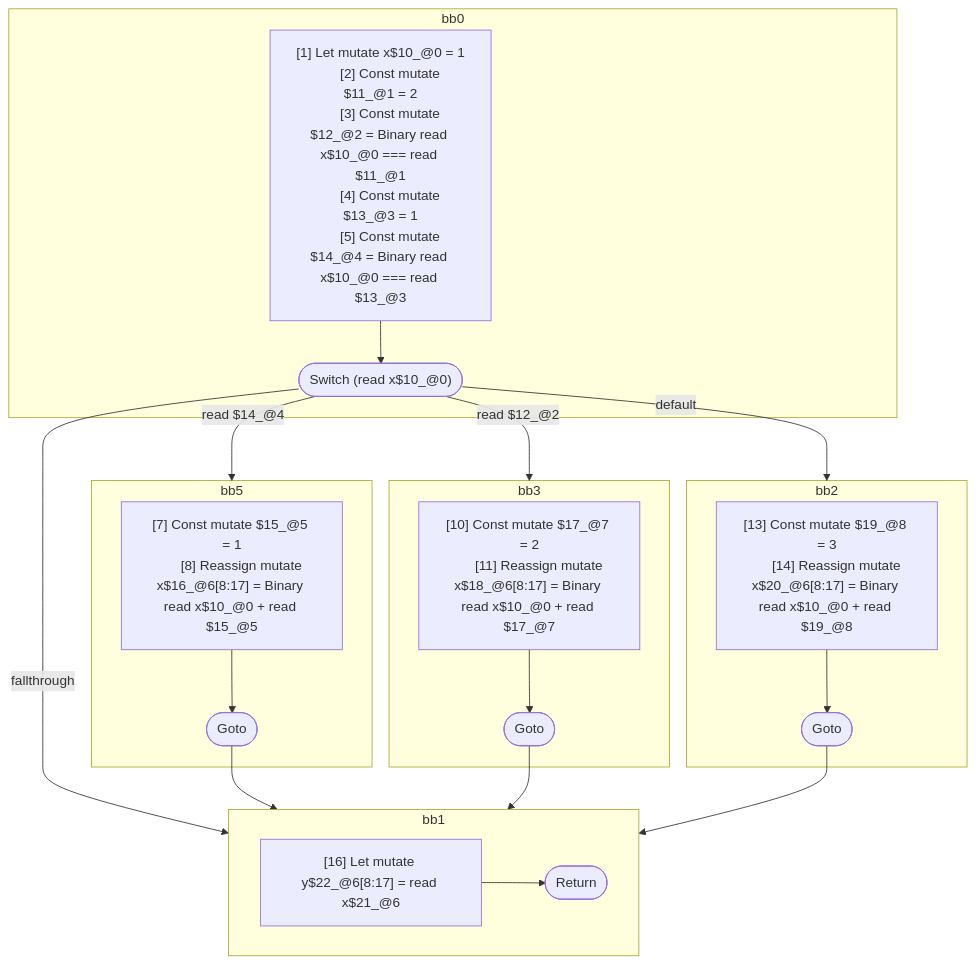
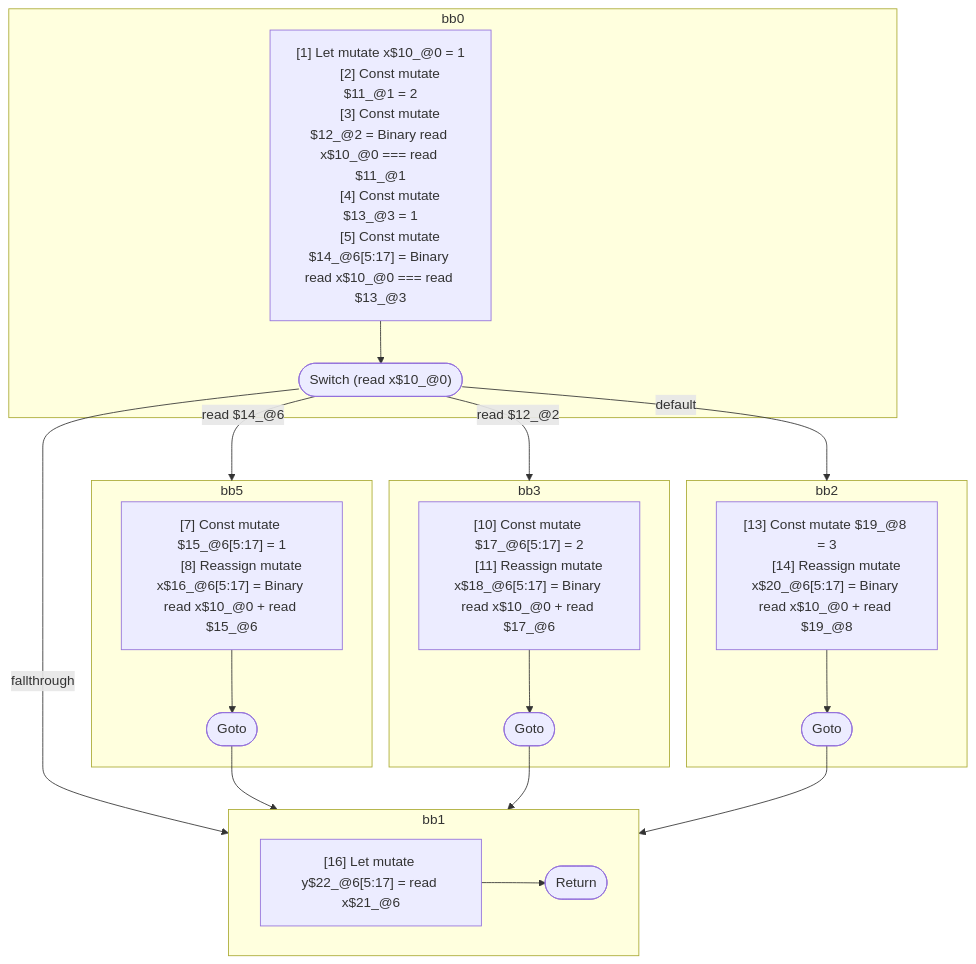
The diagram in compiler/forget/src/__tests__/fixtures/hir/ssa-switch.expect.md (wutsmog/private), drawn with Mermaid before and after one commit. The commit also changed other lines of this file and 30 other files, not shown here.

First line of the commit message:
Merge scopes that interleave or cross control-flow boundaries together

````diff
--- a/compiler/forget/src/__tests__/fixtures/hir/ssa-switch.expect.md
+++ b/compiler/forget/src/__tests__/fixtures/hir/ssa-switch.expect.md
@@ -64,51 +64,51 @@
 ```mermaid
 flowchart TB
   %% Basic Blocks
   subgraph bb0
     bb0_instrs["
       [1] Let mutate x$10_@0 = 1
       [2] Const mutate $11_@1 = 2
       [3] Const mutate $12_@2 = Binary read x$10_@0 === read $11_@1
       [4] Const mutate $13_@3 = 1
-      [5] Const mutate $14_@4 = Binary read x$10_@0 === read $13_@3
+      [5] Const mutate $14_@6[5:17] = Binary read x$10_@0 === read $13_@3
     "]
     bb0_instrs --> bb0_terminal(["Switch (read x$10_@0)"])
   end
   subgraph bb5
     bb5_instrs["
-      [7] Const mutate $15_@5 = 1
-      [8] Reassign mutate x$16_@6[8:17] = Binary read x$10_@0 + read $15_@5
+      [7] Const mutate $15_@6[5:17] = 1
+      [8] Reassign mutate x$16_@6[5:17] = Binary read x$10_@0 + read $15_@6
     "]
     bb5_instrs --> bb5_terminal(["Goto"])
   end
   subgraph bb3
     bb3_instrs["
-      [10] Const mutate $17_@7 = 2
-      [11] Reassign mutate x$18_@6[8:17] = Binary read x$10_@0 + read $17_@7
+      [10] Const mutate $17_@6[5:17] = 2
+      [11] Reassign mutate x$18_@6[5:17] = Binary read x$10_@0 + read $17_@6
     "]
     bb3_instrs --> bb3_terminal(["Goto"])
   end
   subgraph bb2
     bb2_instrs["
       [13] Const mutate $19_@8 = 3
-      [14] Reassign mutate x$20_@6[8:17] = Binary read x$10_@0 + read $19_@8
+      [14] Reassign mutate x$20_@6[5:17] = Binary read x$10_@0 + read $19_@8
     "]
     bb2_instrs --> bb2_terminal(["Goto"])
   end
   subgraph bb1
     bb1_instrs["
-      [16] Let mutate y$22_@6[8:17] = read x$21_@6
+      [16] Let mutate y$22_@6[5:17] = read x$21_@6
     "]
     bb1_instrs --> bb1_terminal(["Return"])
   end
 
   %% Jumps
-  bb0_terminal -- "read $14_@4" --> bb5
+  bb0_terminal -- "read $14_@6" --> bb5
   bb0_terminal -- "read $12_@2" --> bb3
   bb0_terminal -- "default" --> bb2
   bb0_terminal -- "fallthrough" --> bb1
   bb5_terminal --> bb1
   bb3_terminal --> bb1
   bb2_terminal --> bb1
 
 ```
````
